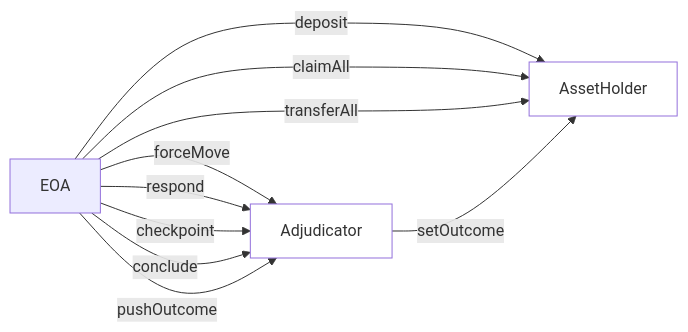
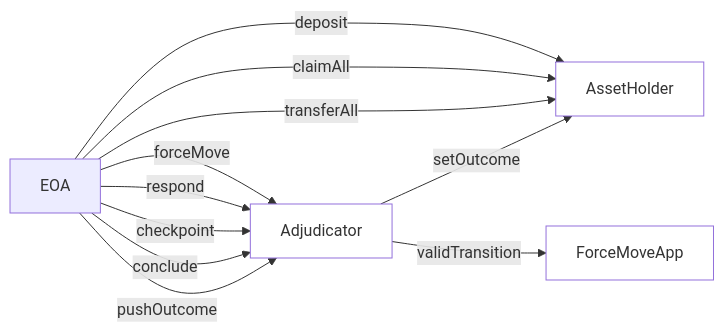
One commit to statechannels/statechannels changed the diagram in packages/nitro-protocol/docs/protocol-specification/account-topology.md. Above: the diagram before and after it, drawn with Mermaid. The commit also changed 1 other file, not shown here.

Commit message:
Add ForceMoveApp to account topology

```diff
--- a/packages/nitro-protocol/docs/protocol-specification/account-topology.md
+++ b/packages/nitro-protocol/docs/protocol-specification/account-topology.md
@@ -9,19 +9,22 @@
 <div class="mermaid" align="center">
 graph LR
 linkStyle default interpolate basis
 A["Adjudicator"]
 EOA["EOA"]
+ForceMoveApp
 EOA-->|forceMove|A
 EOA-->|respond|A
 EOA-->|checkpoint|A
 EOA-->|conclude|A
 EOA-->|pushOutcome|A
 EOA-->|deposit|AssetHolder
 EOA-->|claimAll|AssetHolder
 EOA-->|transferAll|AssetHolder
 A-->|setOutcome|AssetHolder
+A-->|validTransition|ForceMoveApp
 classDef Contract fill:#ffffff;
-class A,AssetHolder Contract;
+class A,AssetHolder,ForceMoveApp Contract;
 click A "../interfaces/Adjudicator"
 click AssetHolder "../interfaces/IAssetHolder"
+click ForceMoveApp "../interfaces/ForceMoveApp"
 </div>
```
